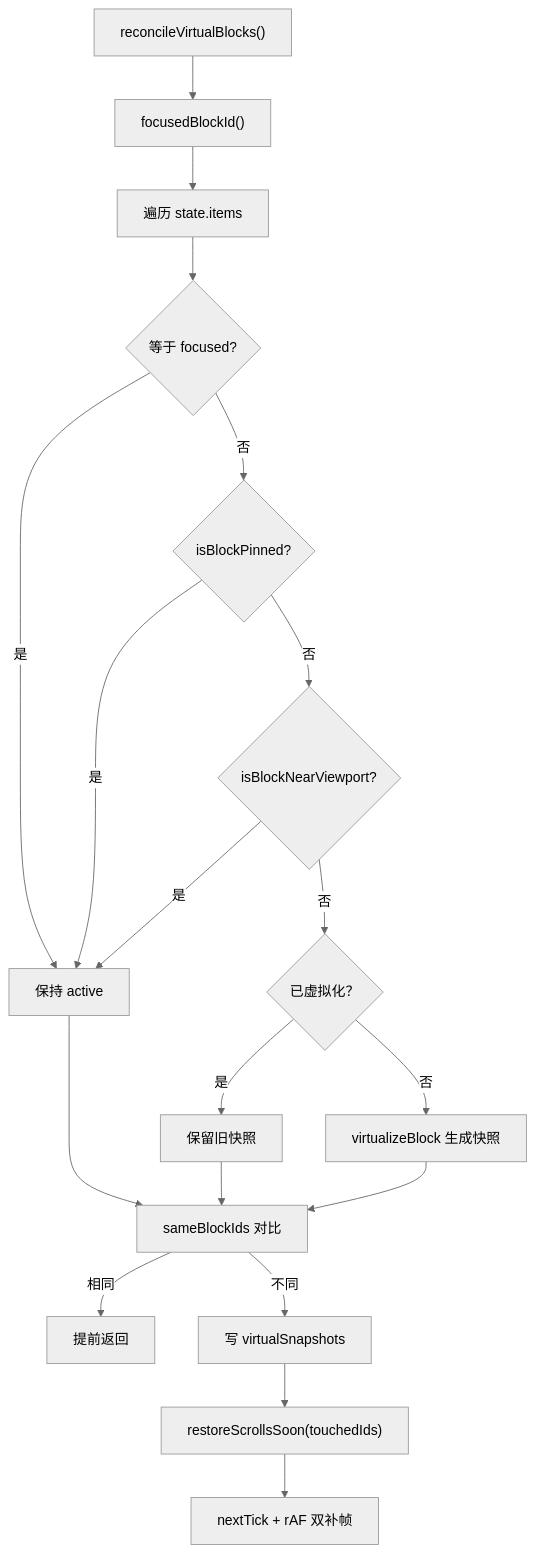
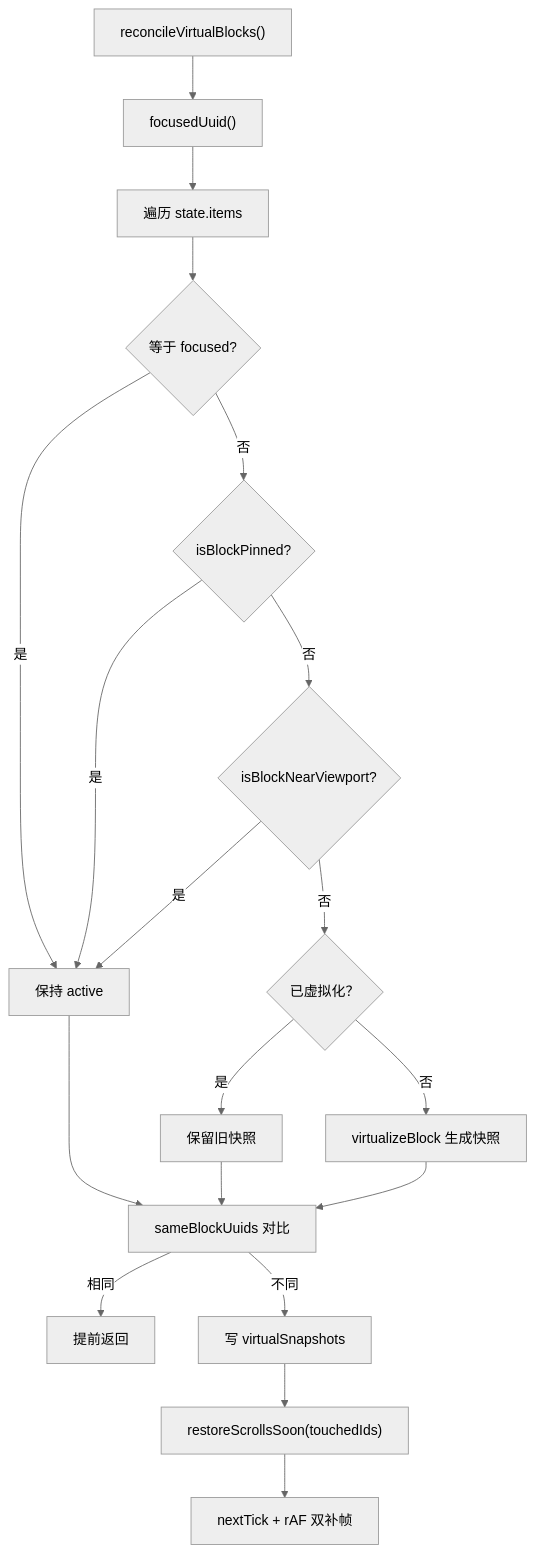
Before and after one commit to LogicAurora/Mindrizzle: the third of 5 diagrams in src/docs/flow/05-block-lifecycle.md, drawn with Mermaid (neutral theme). The commit also changed other lines of this file and 21 other files, not shown here.

````diff
--- a/src/docs/flow/05-block-lifecycle.md
+++ b/src/docs/flow/05-block-lifecycle.md
@@ -45,21 +45,21 @@
 ```mermaid
 flowchart TD
-  A["reconcileVirtualBlocks()"] --> B["focusedBlockId()"]
+  A["reconcileVirtualBlocks()"] --> B["focusedUuid()"]
   B --> C["遍历 state.items"]
   C --> D{"等于 focused?"}
   D -->|是| E["保持 active"]
   D -->|否| F{"isBlockPinned?"}
   F -->|是| E
   F -->|否| G{"isBlockNearViewport?"}
   G -->|是| E
   G -->|否| H{"已虚拟化？"}
   H -->|是| I["保留旧快照"]
   H -->|否| J["virtualizeBlock 生成快照"]
-  E --> K["sameBlockIds 对比"]
+  E --> K["sameBlockUuids 对比"]
   I --> K
   J --> K
   K -->|相同| L["提前返回"]
   K -->|不同| M["写 virtualSnapshots"]
   M --> N["restoreScrollsSoon(touchedIds)"]
   N --> O["nextTick + rAF 双补帧"]
 ```
````
